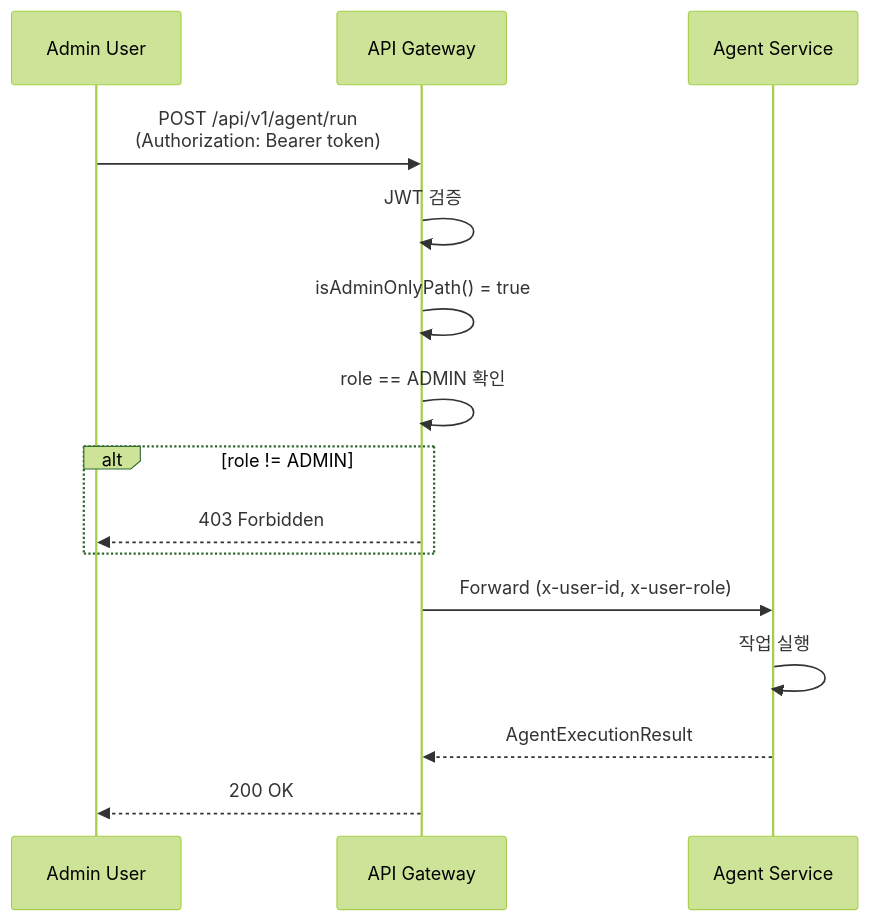
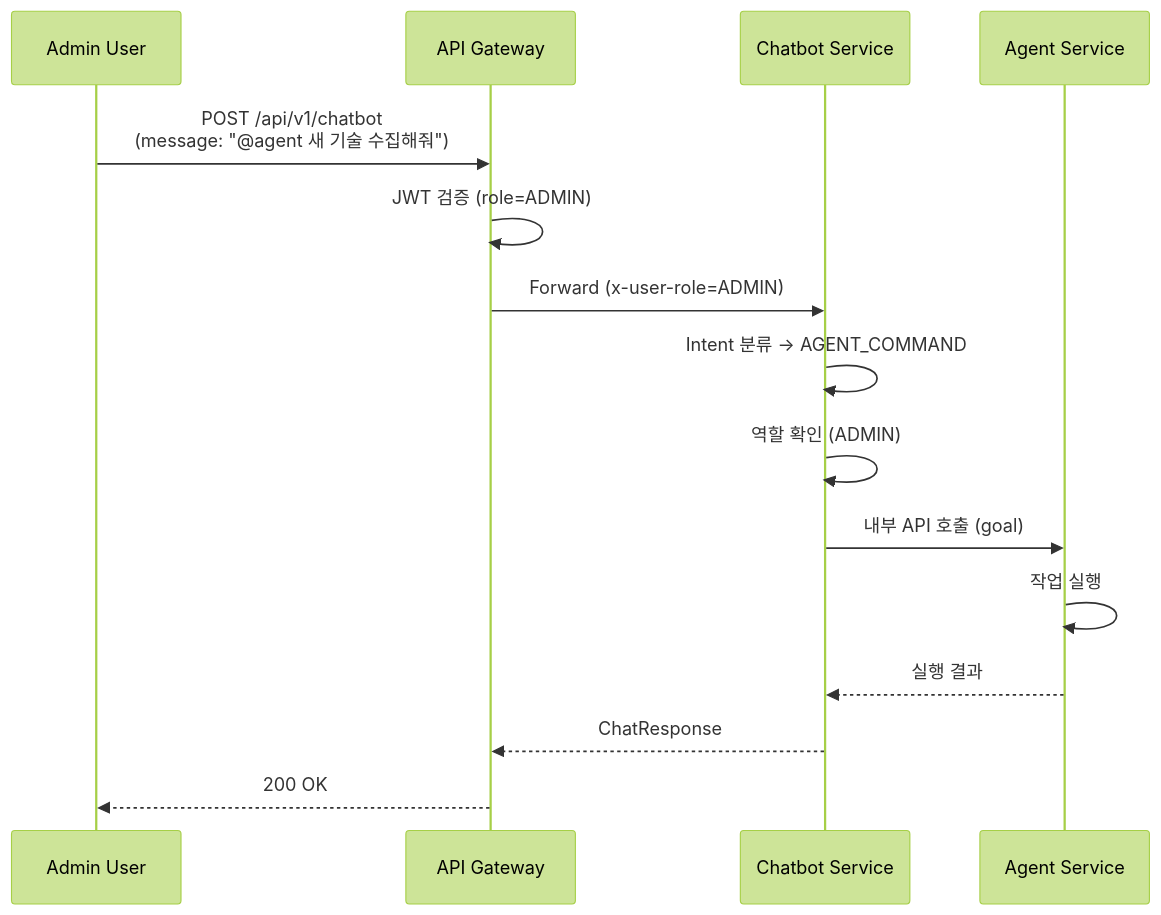
The third of 3 diagrams in docs/reference/admin-role-based-auth-design.md (thswlsqls/tech-n-ai), drawn with Mermaid (forest theme) before and after one commit. The commit also changed other lines of this file and 6 other files, not shown here.

````diff
--- a/docs/reference/admin-role-based-auth-design.md
+++ b/docs/reference/admin-role-based-auth-design.md
@@ -971,20 +934,19 @@
 ```mermaid
 sequenceDiagram
-    participant Admin as Admin User
+    participant User as Admin User
     participant Gateway as API Gateway
+    participant Chatbot as Chatbot Service
     participant Agent as Agent Service
 
-    Admin->>Gateway: POST /api/v1/agent/run<br/>(Authorization: Bearer token)
-    Gateway->>Gateway: JWT 검증
-    Gateway->>Gateway: isAdminOnlyPath() = true
-    Gateway->>Gateway: role == ADMIN 확인
+    User->>Gateway: POST /api/v1/chatbot<br/>(message: "@agent 새 기술 수집해줘")
+    Gateway->>Gateway: JWT 검증 (role=ADMIN)
+    Gateway->>Chatbot: Forward (x-user-role=ADMIN)
 
-    alt role != ADMIN
-        Gateway-->>Admin: 403 Forbidden
-    end
-
-    Gateway->>Agent: Forward (x-user-id, x-user-role)
+    Chatbot->>Chatbot: Intent 분류 → AGENT_COMMAND
+    Chatbot->>Chatbot: 역할 확인 (ADMIN)
+    Chatbot->>Agent: 내부 API 호출 (goal)
     Agent->>Agent: 작업 실행
-    Agent-->>Gateway: AgentExecutionResult
-    Gateway-->>Admin: 200 OK
+    Agent-->>Chatbot: 실행 결과
+    Chatbot-->>Gateway: ChatResponse
+    Gateway-->>User: 200 OK
 ```
````
